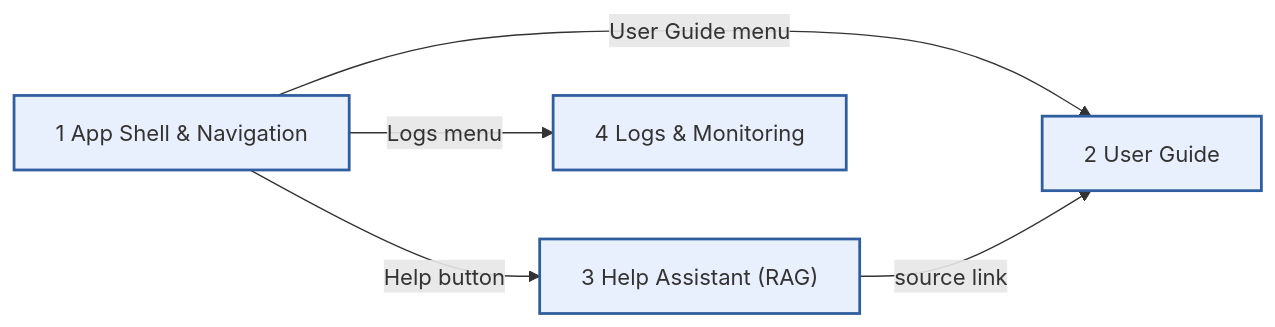
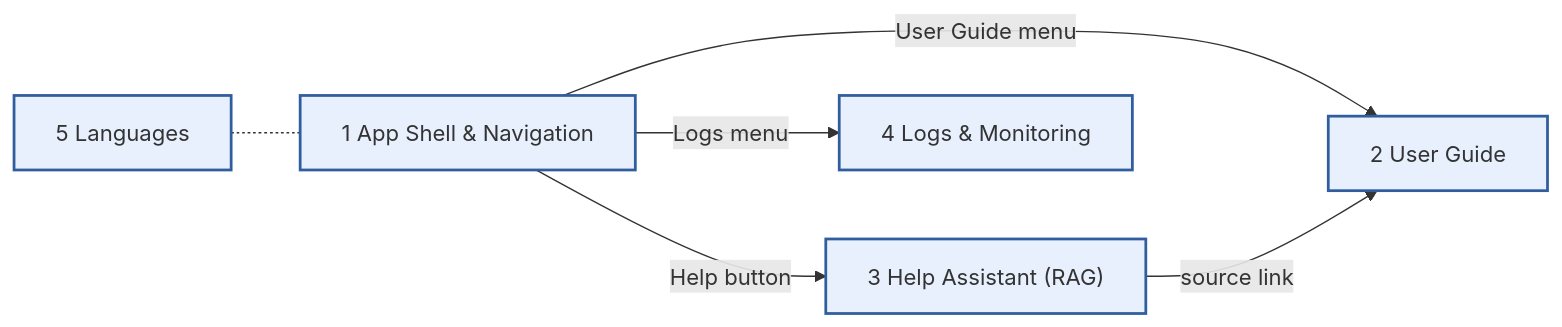
The diagram in ux-flows/00-overview.md (cd-jung/fullstack-template), drawn with Mermaid before and after one commit. The commit also changed 88 other files, not shown here.

````diff
--- a/ux-flows/00-overview.md
+++ b/ux-flows/00-overview.md
@@ -7,20 +7,23 @@
 ```mermaid
 flowchart LR
   s1["1 App Shell & Navigation"]
   s2["2 User Guide"]
   s3["3 Help Assistant (RAG)"]
   s4["4 Logs & Monitoring"]
+  s5["5 Languages"]
 
   s1 -->|"User Guide menu"| s2
   s1 -->|"Help button"| s3
   s1 -->|"Logs menu"| s4
   s3 -->|"source link"| s2
+  s5 -.- s1
 
   classDef scenario fill:#e8f0fe,stroke:#2f5d9e,stroke-width:2px
-  class s1,s2,s3,s4 scenario
+  class s1,s2,s3,s4,s5 scenario
 
   %% link s1 01-app-shell.md
   %% link s2 02-user-guide.md
   %% link s3 03-help-assistant.md
   %% link s4 04-logs-monitoring.md
+  %% link s5 05-languages.md
 ```
````
